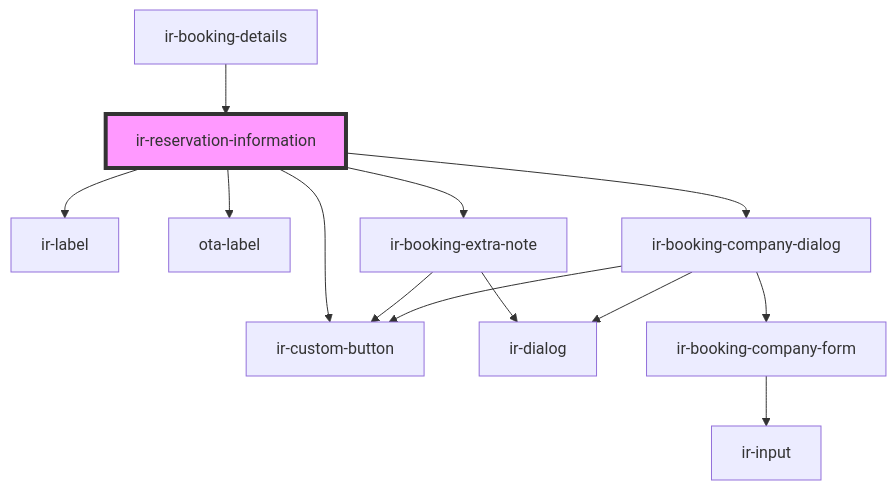
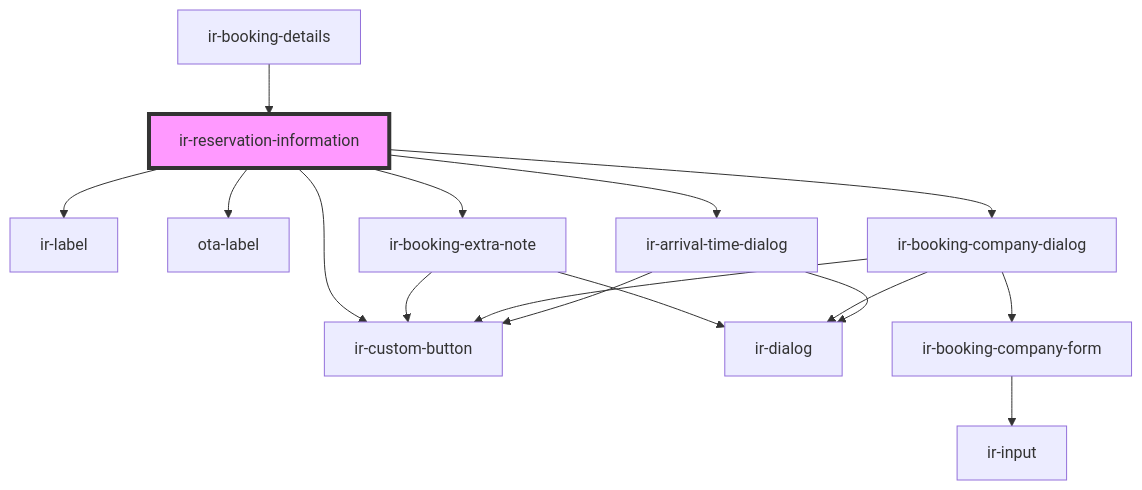
Before and after one commit to RonyRizk/ir-webcmp: the diagram in src/components/ir-booking-details/ir-reservation-information/readme.md, drawn with Mermaid. The commit also changed other lines of this file and 28 other files, not shown here.

````diff
--- a/src/components/ir-booking-details/ir-reservation-information/readme.md
+++ b/src/components/ir-booking-details/ir-reservation-information/readme.md
@@ -38,16 +40,19 @@
 ```mermaid
 graph TD;
   ir-reservation-information --> ir-label
   ir-reservation-information --> ir-custom-button
   ir-reservation-information --> ota-label
   ir-reservation-information --> ir-booking-extra-note
   ir-reservation-information --> ir-booking-company-dialog
+  ir-reservation-information --> ir-arrival-time-dialog
   ir-booking-extra-note --> ir-dialog
   ir-booking-extra-note --> ir-custom-button
   ir-booking-company-dialog --> ir-dialog
   ir-booking-company-dialog --> ir-booking-company-form
   ir-booking-company-dialog --> ir-custom-button
   ir-booking-company-form --> ir-input
+  ir-arrival-time-dialog --> ir-dialog
+  ir-arrival-time-dialog --> ir-custom-button
   ir-booking-details --> ir-reservation-information
   style ir-reservation-information fill:#f9f,stroke:#333,stroke-width:4px
 ```
````
